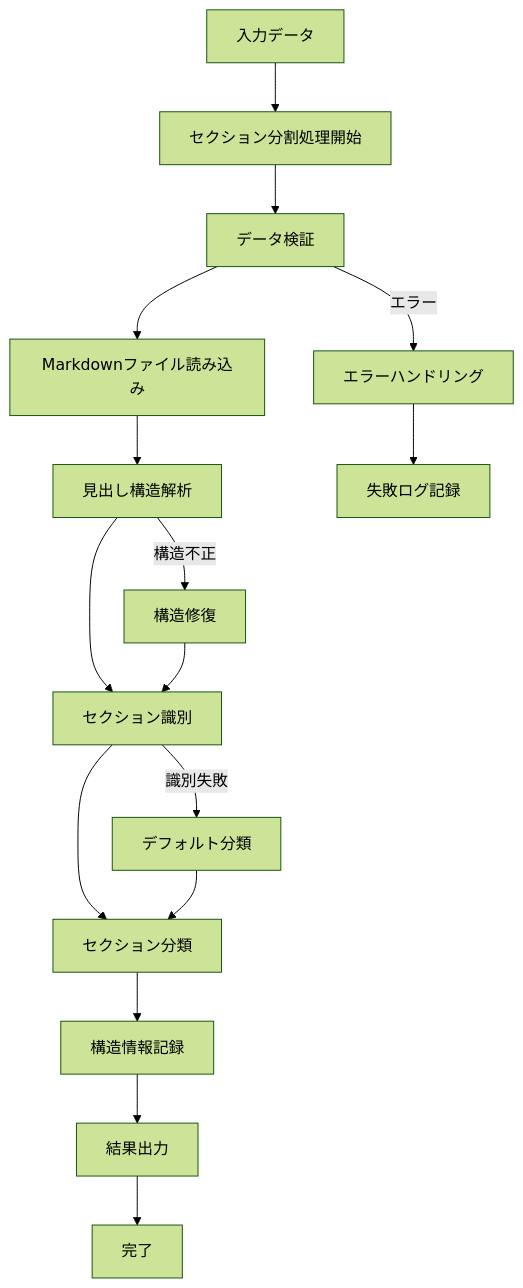
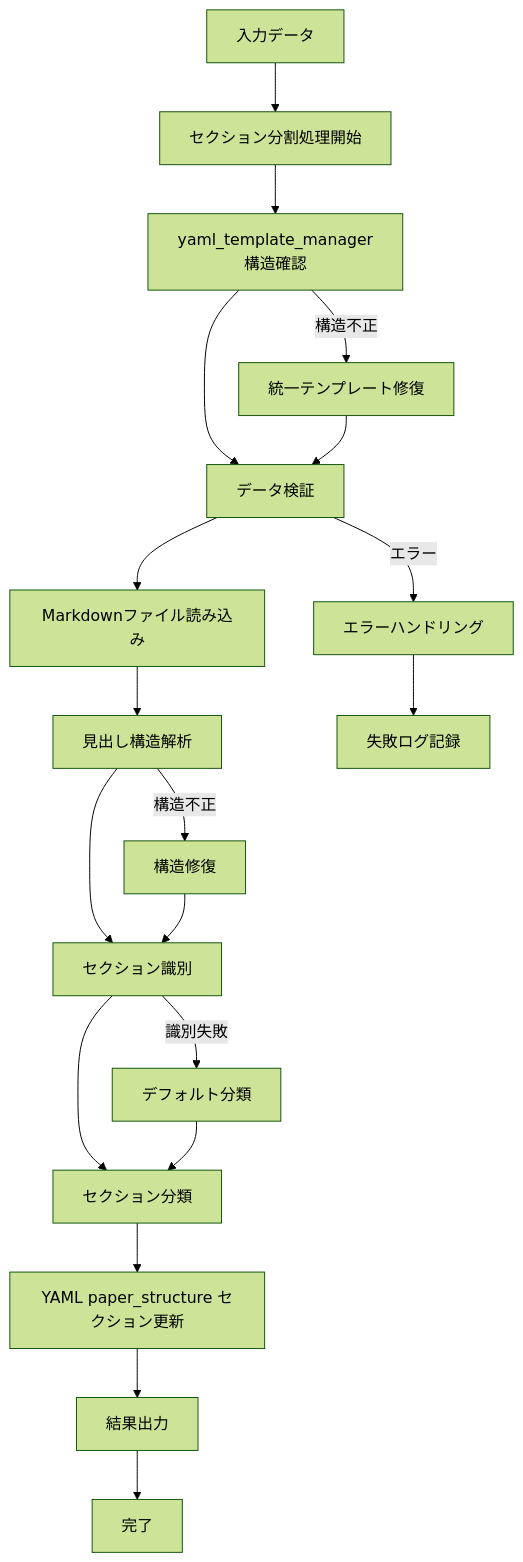
The first of 2 diagrams in code/contexts/section_parsing_specification.md (shuu5/ObsClippingsManager), drawn with Mermaid (forest theme) before and after one commit. The commit also changed other lines of this file and 8 other files, not shown here.

````diff
--- a/code/contexts/section_parsing_specification.md
+++ b/code/contexts/section_parsing_specification.md
@@ -9,19 +9,22 @@
 ```mermaid
 flowchart TD
     A["入力データ"] --> B["セクション分割処理開始"]
-    B --> C["データ検証"]
-    C --> D["Markdownファイル読み込み"]
-    D --> E["見出し構造解析"]
-    E --> F["セクション識別"]
-    F --> G["セクション分類"]
-    G --> H["構造情報記録"]
-    H --> I["結果出力"]
-    I --> J["完了"]
+    B --> C["yaml_template_manager構造確認"]
+    C --> D["データ検証"]
+    D --> E["Markdownファイル読み込み"]
+    E --> F["見出し構造解析"]
+    F --> G["セクション識別"]
+    G --> H["セクション分類"]
+    H --> I["YAML paper_structure セクション更新"]
+    I --> J["結果出力"]
+    J --> K["完了"]
     
-    C -->|エラー| K["エラーハンドリング"]
-    E -->|構造不正| L["構造修復"]
-    F -->|識別失敗| M["デフォルト分類"]
-    K --> N["失敗ログ記録"]
-    L --> F
-    M --> G
+    C -->|構造不正| L["統一テンプレート修復"]
+    D -->|エラー| M["エラーハンドリング"]
+    F -->|構造不正| N["構造修復"]
+    G -->|識別失敗| O["デフォルト分類"]
+    L --> D
+    M --> P["失敗ログ記録"]
+    N --> G
+    O --> H
 ```
````
